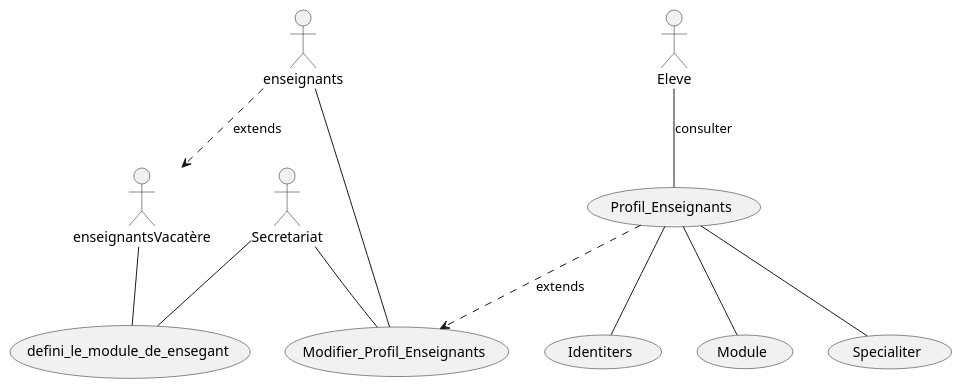
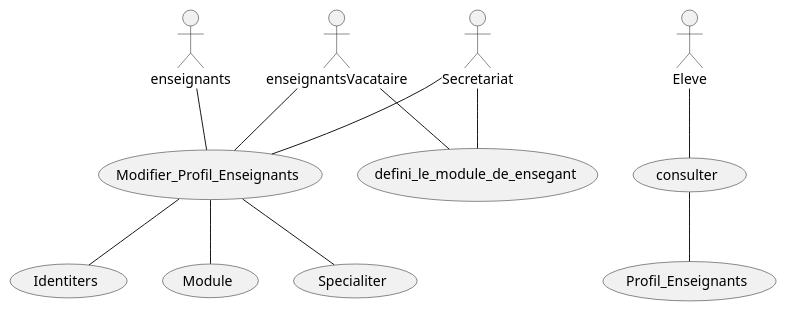
Before and after one commit to IUT-Blagnac/bcoo-retro2021-bcoo-retro2021-g16: the diagram in analyse/diagrammes/DiagrammeCasUtilisation.plantuml, drawn with PlantUML.

```diff
--- a/analyse/diagrammes/DiagrammeCasUtilisation.plantuml
+++ b/analyse/diagrammes/DiagrammeCasUtilisation.plantuml
@@ -1,27 +1,28 @@
 @startuml
 
 actor enseignants
 usecase Profil_Enseignants as PE
 usecase Modifier_Profil_Enseignants as MPE
 usecase Identiters as IE
 usecase Module as ME
 usecase Specialiter 
+usecase consulter 
 
 actor Secretariat
-actor enseignantsVacatère as EV
+actor enseignantsVacataire as EV
 actor Eleve 
 
 usecase defini_le_module_de_ensegant as DME
 
 enseignants -- MPE
-PE ..> MPE : extends
 Secretariat -- MPE 
-Eleve -- PE : consulter
-PE -- IE
-PE -- ME
-PE -- Specialiter
-enseignants ..> EV : extends
+Eleve -- consulter
+consulter -- PE
+MPE -- IE
+MPE -- ME
+EV -- MPE
+MPE -- Specialiter
 EV -- DME
 Secretariat -- DME
 
 @enduml
```
